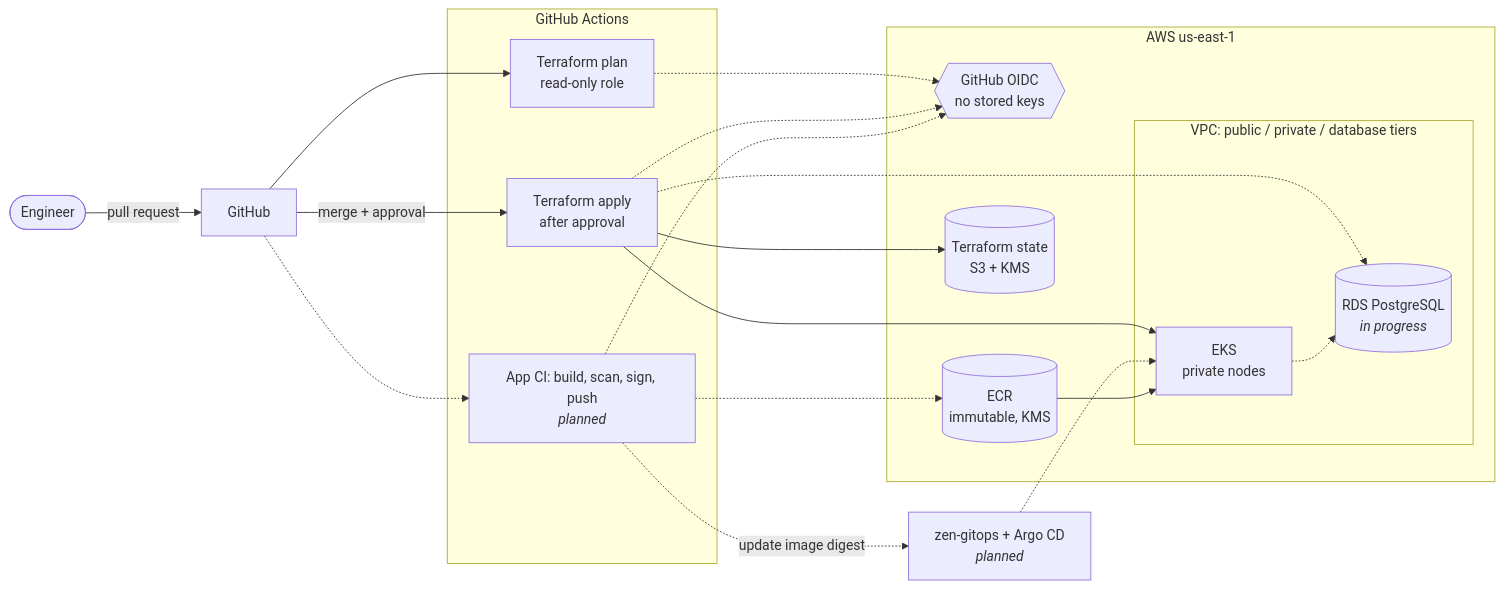
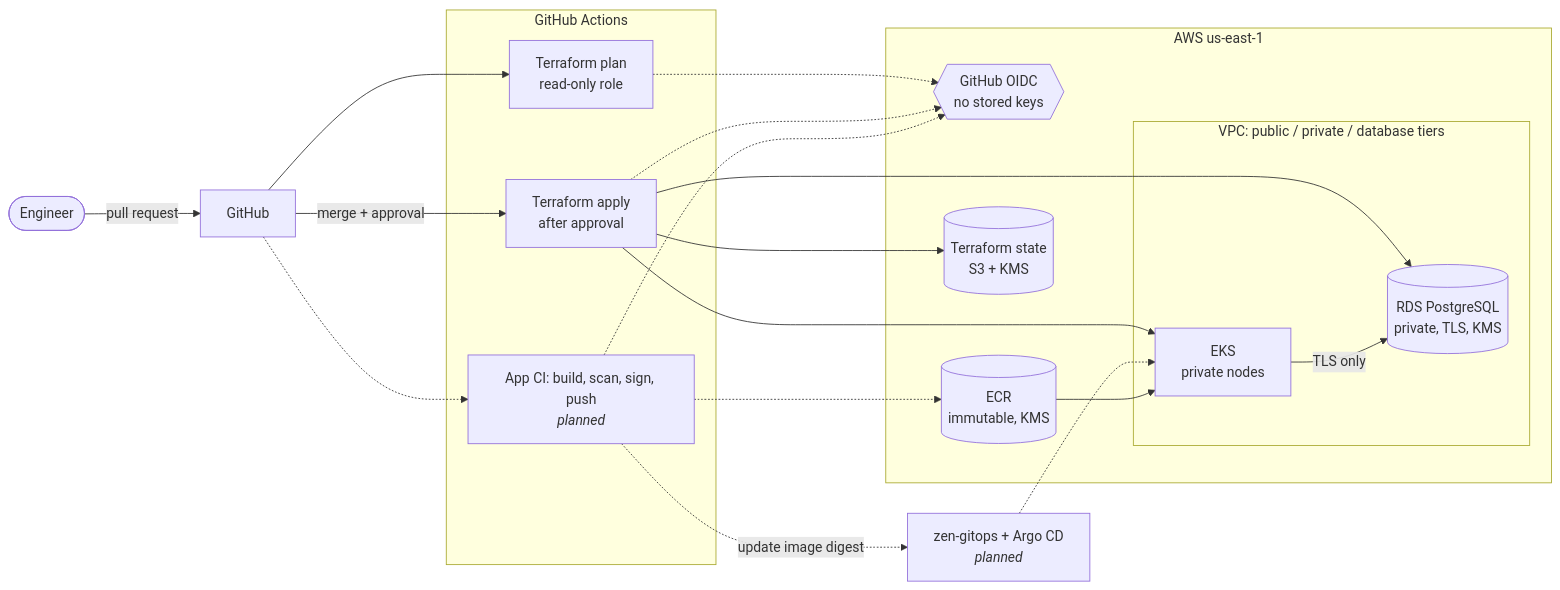
The diagram in README.md (abdurahim50/project-lotus), drawn with Mermaid before and after one commit. The commit also changed other lines of this file, not shown here.

Commit message:
docs: mark RDS verified and add database controls with evidence (#5)

````diff
--- a/README.md
+++ b/README.md
@@ -21,36 +21,36 @@
 ```mermaid
 flowchart LR
     dev([Engineer]) -->|pull request| gh[GitHub]
 
     subgraph ci[GitHub Actions]
         plan[Terraform plan<br/>read-only role]
         apply[Terraform apply<br/>after approval]
         build[App CI: build, scan, sign, push<br/><i>planned</i>]
     end
 
     gh --> plan
     gh -->|merge + approval| apply
     gh -.-> build
 
     subgraph aws[AWS us-east-1]
         oidc{{GitHub OIDC<br/>no stored keys}}
         ecr[(ECR<br/>immutable, KMS)]
         subgraph vpc[VPC: public / private / database tiers]
             eks[EKS<br/>private nodes]
-            rds[(RDS PostgreSQL<br/><i>in progress</i>)]
+            rds[(RDS PostgreSQL<br/>private, TLS, KMS)]
         end
         state[(Terraform state<br/>S3 + KMS)]
     end
 
     plan -.-> oidc
     apply -.-> oidc
     build -.-> oidc
     apply --> state
     apply --> eks
-    apply -.-> rds
+    apply --> rds
     build -.-> ecr
     build -.->|update image digest| gitops
     gitops[zen-gitops + Argo CD<br/><i>planned</i>] -.-> eks
     ecr --> eks
-    eks -.-> rds
+    eks -->|TLS only| rds
 ```
````
